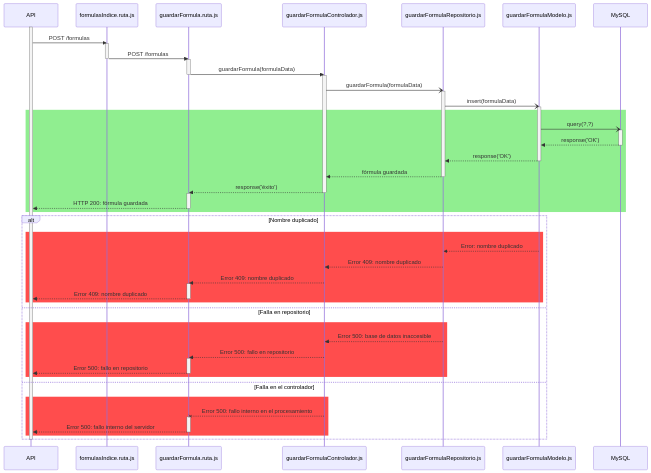
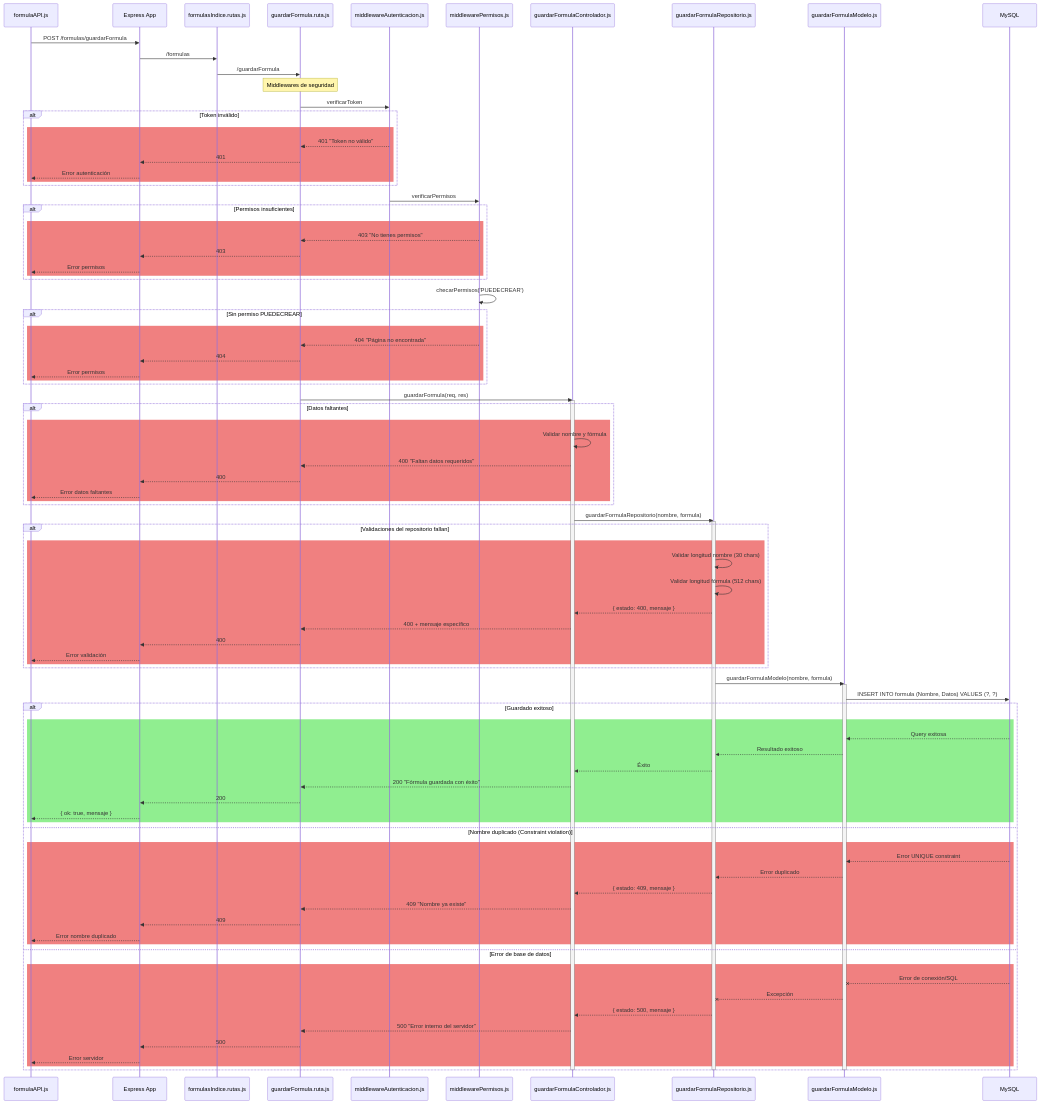
One commit to CodeAnd-Co/Documentacion changed the second of 2 diagrams in documentation/docs/proyectos/tractores/documentacion/requisitos/RF22.md. Above: the diagram before and after it, drawn with Mermaid. The commit also changed other lines of this file and 34 other files, not shown here.

````diff
--- a/documentation/docs/proyectos/tractores/documentacion/requisitos/RF22.md
+++ b/documentation/docs/proyectos/tractores/documentacion/requisitos/RF22.md
@@ -125,71 +144,108 @@
 ```mermaid
 sequenceDiagram
-    participant API
-    participant RutaIndice as formulasIndice.ruta.js
+    participant API as formulaAPI.js
+    participant App as Express App
+    participant RutaIndice as formulasIndice.rutas.js
     participant Ruta as guardarFormula.ruta.js
+    participant Auth as middlewareAutenticacion.js
+    participant Permisos as middlewarePermisos.js
     participant Controlador as guardarFormulaControlador.js
     participant Repositorio as guardarFormulaRepositorio.js
     participant Modelo as guardarFormulaModelo.js
     participant DB as MySQL
 
-    activate API
-    API->>RutaIndice: POST /formulas
-
-    activate RutaIndice
-    RutaIndice->>Ruta: POST /formulas
-    deactivate RutaIndice
-
-    activate Ruta
-    Ruta->>Controlador: guardarFormula(formulaData)
-    deactivate Ruta
-
-    activate Controlador
-    Controlador-)Repositorio: guardarFormula(formulaData)
-
-    activate Repositorio
-    Repositorio-)Modelo: insert(formulaData)
-    activate Modelo
-    rect LightGreen
-        Modelo-)DB: query(?,?)
-        activate DB
-        DB-->>Modelo: response('OK')
-        deactivate DB
-        Modelo -->> Repositorio: response('OK')
-        deactivate Modelo
-        Repositorio -->> Controlador: fórmula guardada
-        deactivate Repositorio
-        Controlador -->> Ruta: response('éxito')
-        deactivate Controlador
-        activate Ruta
-        Ruta -->> API: HTTP 200: fórmula guardada
-        deactivate Ruta
-    end
-
-    %% === FLUJOS ALTERNOS ===
-    alt Nombre duplicado
-        rect rgb(255, 77, 77)
-            Modelo -->> Repositorio: Error: nombre duplicado
-            Repositorio -->> Controlador: Error 409: nombre duplicado
-            Controlador -->> Ruta: Error 409: nombre duplicado
-            activate Ruta
-            Ruta -->> API: Error 409: nombre duplicado
-            deactivate Ruta
-        end
-    else Falla en repositorio
-        rect rgb(255, 77, 77)
-            Repositorio -->> Controlador: Error 500: base de datos inaccesible
-            Controlador -->> Ruta: Error 500: fallo en repositorio
-            activate Ruta
-            Ruta -->> API: Error 500: fallo en repositorio
-            deactivate Ruta
-        end
-    else Falla en el controlador
-        rect rgb(255, 77, 77)
-            Controlador --x Ruta: Error 500: fallo interno en el procesamiento
-            activate Ruta
-            Ruta -->> API: Error 500: fallo interno del servidor
-            deactivate Ruta
+    API->>App: POST /formulas/guardarFormula
+    App->>RutaIndice: /formulas
+    RutaIndice->>Ruta: /guardarFormula
+    
+    Note over Ruta: Middlewares de seguridad
+    Ruta->>Auth: verificarToken
+    alt Token inválido
+        rect Lightcoral
+        Auth-->>Ruta: 401 "Token no válido"
+        Ruta-->>App: 401
+        App-->>API: Error autenticación
         end
     end
-    deactivate API
+    
+    Auth->>Permisos: verificarPermisos
+    alt Permisos insuficientes
+        rect Lightcoral
+        Permisos-->>Ruta: 403 "No tienes permisos"
+        Ruta-->>App: 403
+        App-->>API: Error permisos
+        end
+    end
+    
+    Permisos->>Permisos: checarPermisos('PUEDECREAR')
+    alt Sin permiso PUEDECREAR
+        rect Lightcoral
+        Permisos-->>Ruta: 404 "Página no encontrada"
+        Ruta-->>App: 404
+        App-->>API: Error permisos
+        end
+    end
+    
+    Ruta->>Controlador: guardarFormula(req, res)
+    activate Controlador
+    
+    alt Datos faltantes
+        rect Lightcoral
+        Controlador->>Controlador: Validar nombre y fórmula
+        Controlador-->>Ruta: 400 "Faltan datos requeridos"
+        Ruta-->>App: 400
+        App-->>API: Error datos faltantes
+        end
+    end
+    
+    Controlador->>Repositorio: guardarFormulaRepositorio(nombre, formula)
+    activate Repositorio
+    
+    alt Validaciones del repositorio fallan
+        rect Lightcoral
+        Repositorio->>Repositorio: Validar longitud nombre (30 chars)
+        Repositorio->>Repositorio: Validar longitud fórmula (512 chars)
+        Repositorio-->>Controlador: { estado: 400, mensaje }
+        Controlador-->>Ruta: 400 + mensaje específico
+        Ruta-->>App: 400
+        App-->>API: Error validación
+        end
+    end
+    
+    Repositorio->>Modelo: guardarFormulaModelo(nombre, formula)
+    activate Modelo
+    Modelo->>DB: INSERT INTO formula (Nombre, Datos) VALUES (?, ?)
+    
+    alt Guardado exitoso
+        rect Lightgreen
+        DB-->>Modelo: Query exitosa
+        Modelo-->>Repositorio: Resultado exitoso
+        Repositorio-->>Controlador: Éxito
+        Controlador-->>Ruta: 200 "Fórmula guardada con éxito"
+        Ruta-->>App: 200
+        App-->>API: { ok: true, mensaje }
+        end
+    else Nombre duplicado (Constraint violation)
+        rect Lightcoral
+        DB-->>Modelo: Error UNIQUE constraint
+        Modelo-->>Repositorio: Error duplicado
+        Repositorio-->>Controlador: { estado: 409, mensaje }
+        Controlador-->>Ruta: 409 "Nombre ya existe"
+        Ruta-->>App: 409
+        App-->>API: Error nombre duplicado
+        end
+    else Error de base de datos
+        rect Lightcoral
+        DB--x Modelo: Error de conexión/SQL
+        Modelo--x Repositorio: Excepción
+        Repositorio-->>Controlador: { estado: 500, mensaje }
+        Controlador-->>Ruta: 500 "Error interno del servidor"
+        Ruta-->>App: 500
+        App-->>API: Error servidor
+        end
+    end
+    
+    deactivate Modelo
+    deactivate Repositorio
+    deactivate Controlador
 ```
````
